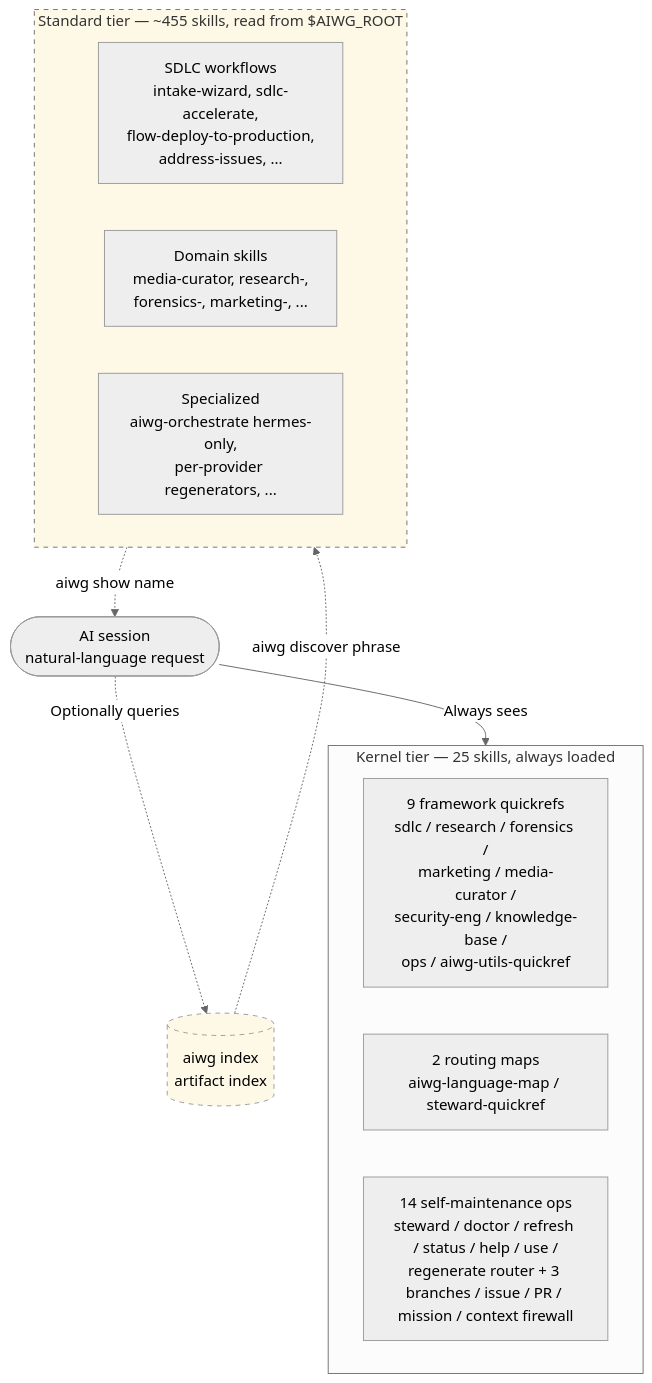
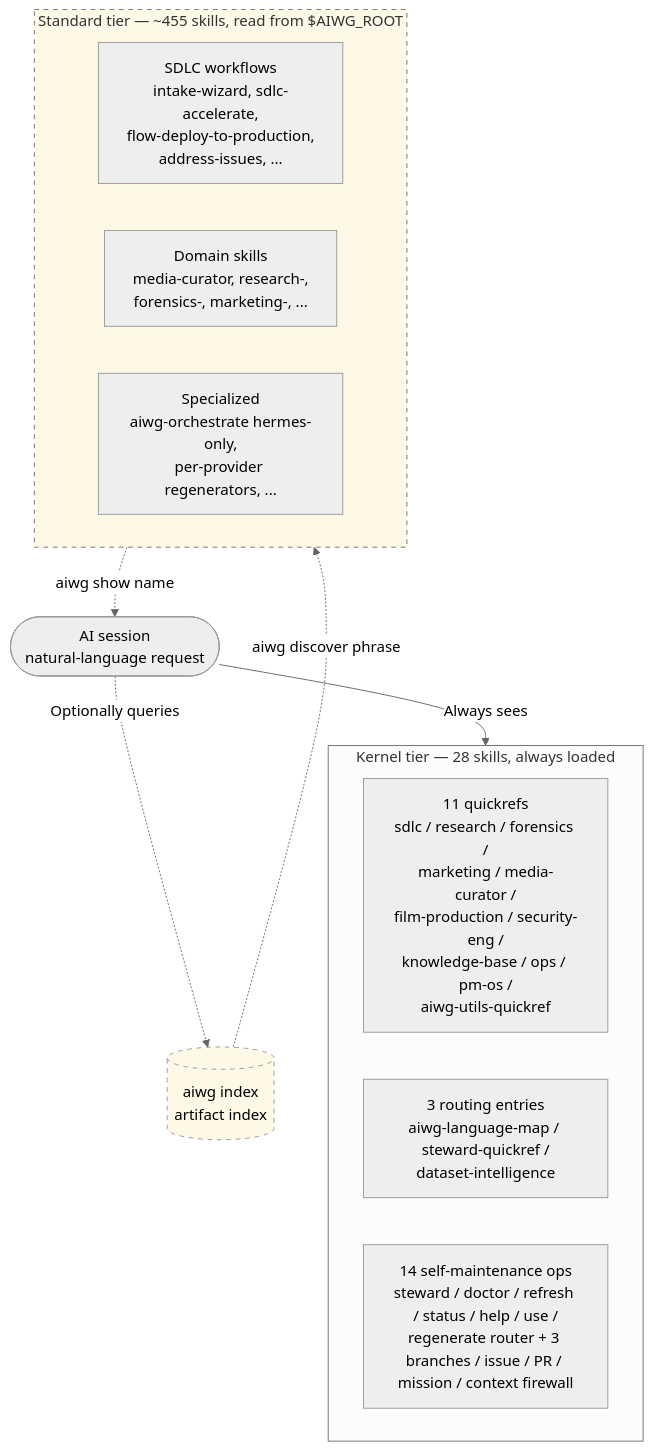
The first of 2 diagrams in docs/cli/capability-routing.md (ChronodeAi/aiwg), drawn with Mermaid (neutral theme) before and after one commit. The commit also changed other lines of this file and 12 other files, not shown here.

Commit message:
docs(film-production): register framework in docs, help and wizard

````diff
--- a/docs/cli/capability-routing.md
+++ b/docs/cli/capability-routing.md
@@ -111,27 +111,27 @@
 ```mermaid
 flowchart TB
-  subgraph KERNEL["Kernel tier — 25 skills, always loaded"]
+  subgraph KERNEL["Kernel tier — 28 skills, always loaded"]
     direction LR
-    K1[9 framework quickrefs<br/>sdlc / research / forensics /<br/>marketing / media-curator /<br/>security-eng / knowledge-base /<br/>ops / aiwg-utils-quickref]
-    K2[2 routing maps<br/>aiwg-language-map / steward-quickref]
+    K1[11 quickrefs<br/>sdlc / research / forensics /<br/>marketing / media-curator /<br/>film-production / security-eng /<br/>knowledge-base / ops / pm-os /<br/>aiwg-utils-quickref]
+    K2[3 routing entries<br/>aiwg-language-map / steward-quickref /<br/>dataset-intelligence]
     K3[14 self-maintenance ops<br/>steward / doctor / refresh / status / help / use /<br/>regenerate router + 3 branches / issue / PR / mission / context firewall]
   end
 
   subgraph STANDARD["Standard tier — ~455 skills, read from $AIWG_ROOT"]
     direction LR
     S1[SDLC workflows<br/>intake-wizard, sdlc-accelerate,<br/>flow-deploy-to-production,<br/>address-issues, ...]
     S2[Domain skills<br/>media-curator, research-,<br/>forensics-, marketing-, ...]
     S3[Specialized<br/>aiwg-orchestrate hermes-only,<br/>per-provider regenerators, ...]
   end
 
   AGENT([AI session<br/>natural-language request])
 
   AGENT -->|Always sees| KERNEL
   AGENT -.->|Optionally queries| INDEX[(aiwg index<br/>artifact index)]
   INDEX -.->|aiwg discover phrase| STANDARD
   STANDARD -.->|aiwg show name| AGENT
 
   classDef optional stroke-dasharray: 5 5,fill:#fef9e7
   class INDEX optional
   class STANDARD optional
 ```
````
